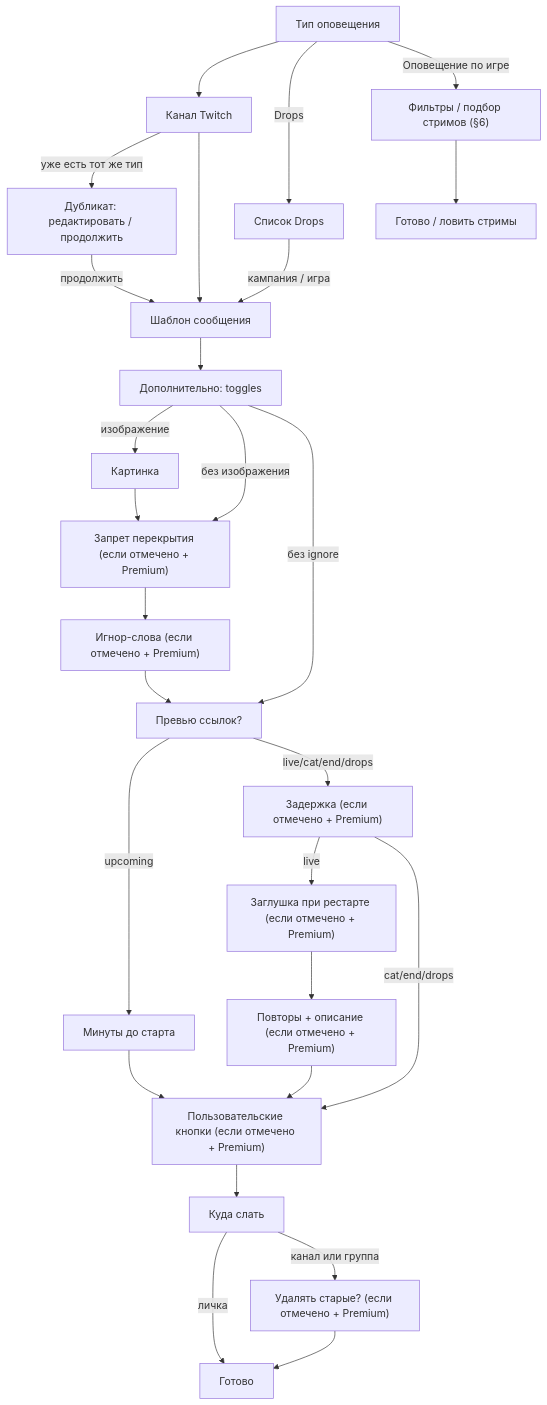
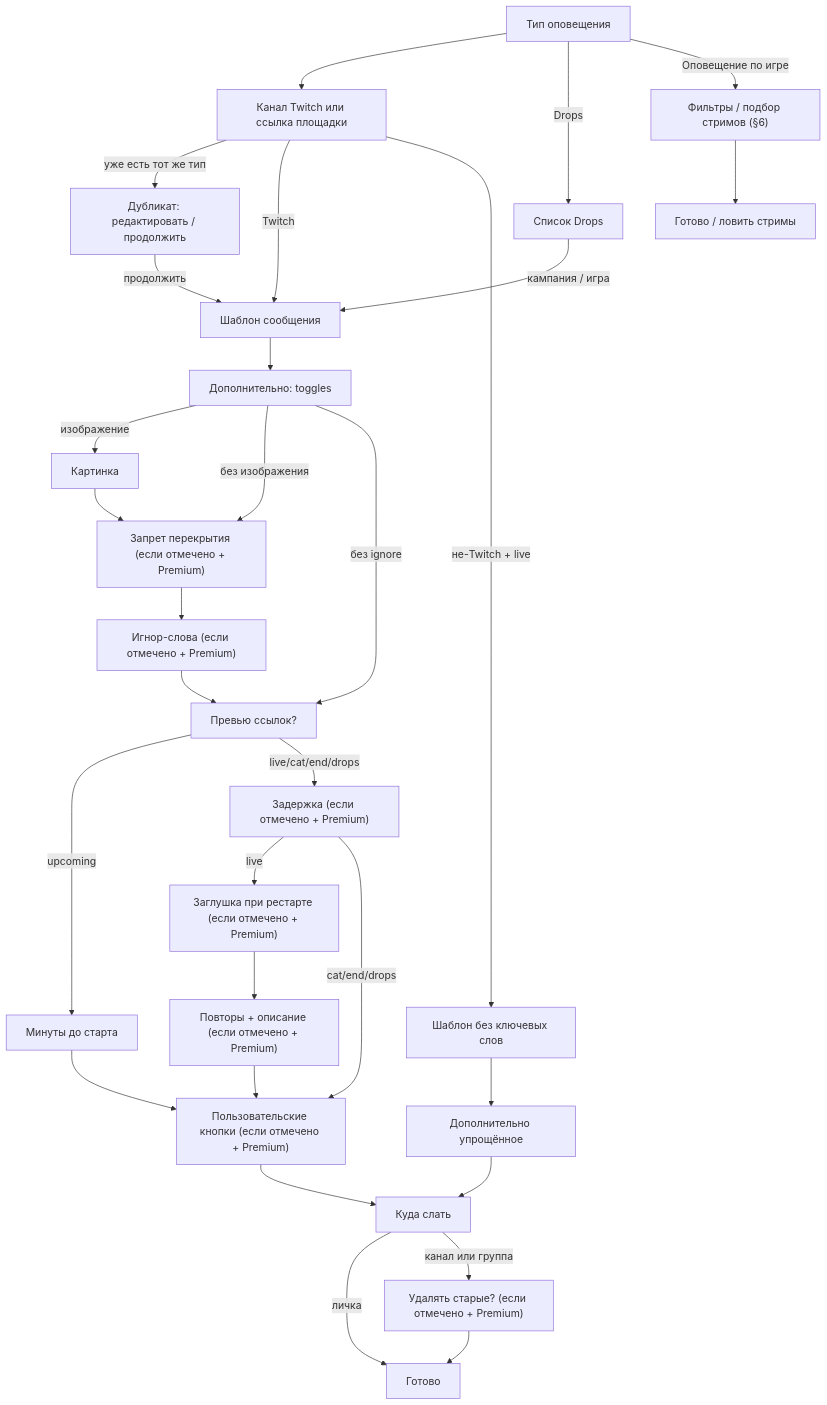
The second of 3 diagrams in docs/user-flow-map.ru.md (Marfa/twitch-telegram-bot), drawn with Mermaid before and after one commit. The commit also changed other lines of this file and 27 other files, not shown here.

````diff
--- a/docs/user-flow-map.ru.md
+++ b/docs/user-flow-map.ru.md
@@ -119,29 +121,32 @@
 ```mermaid
 flowchart TD
- AT["Тип оповещения"] --> CH["Канал Twitch"]
+ AT["Тип оповещения"] --> CH["Канал Twitch или ссылка площадки"]
  AT -->|Drops| CAT["Список Drops"]
  AT -->|Оповещение по игре| WAT["Фильтры / подбор стримов (§6)"]
  CH -->|уже есть тот же тип| DUP["Дубликат: редактировать / продолжить"]
- CH --> TPL["Шаблон сообщения"]
+ CH -->|Twitch| TPL["Шаблон сообщения"]
+ CH -->|не-Twitch + live| TPLE["Шаблон без ключевых слов"]
  CAT -->|кампания / игра| TPL
  DUP -->|продолжить| TPL
  TPL --> OPT["Дополнительно: toggles"]
+ TPLE --> OPTE["Дополнительно упрощённое"]
  OPT -->|изображение| IMG["Картинка"]
  OPT -->|без изображения| OVL
  IMG --> OVL["Запрет перекрытия (если отмечено + Premium)"]
  OVL --> IGN["Игнор-слова (если отмечено + Premium)"]
  IGN --> LP["Превью ссылок?"]
  OPT -->|без ignore| LP
  LP -->|upcoming| SRM["Минуты до старта"]
  LP -->|live/cat/end/drops| DL["Задержка (если отмечено + Premium)"]
  DL -->|live| RST["Заглушка при рестарте (если отмечено + Premium)"]
  RST --> REP["Повторы + описание (если отмечено + Premium)"]
  REP --> BTN["Пользовательские кнопки (если отмечено + Premium)"]
  BTN --> DEST["Куда слать"]
+ OPTE --> DEST
  SRM --> BTN
  DL -->|cat/end/drops| BTN
  DEST -->|личка| DONE["Готово"]
  DEST -->|канал или группа| DEL["Удалять старые? (если отмечено + Premium)"]
  DEL --> DONE
  WAT --> ENDW["Готово / ловить стримы"]
 ```
````
